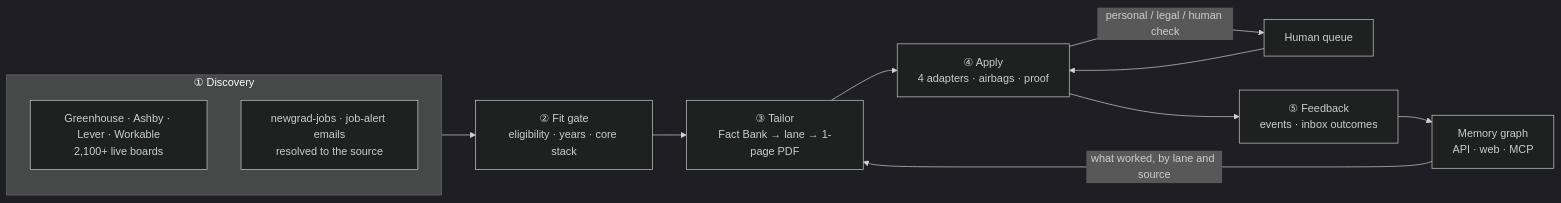
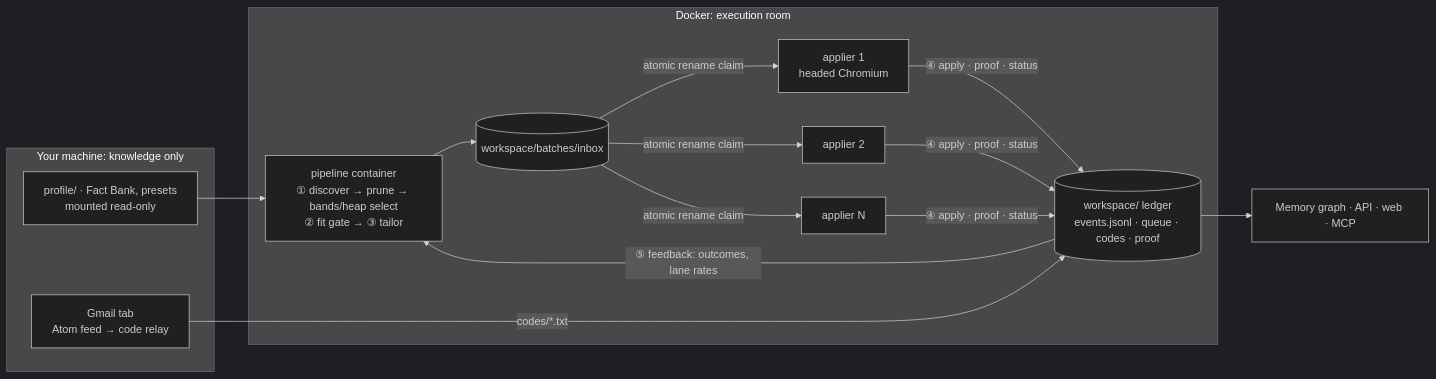
Before and after one commit to sameernagar-hub/regen-engine: the second of 2 diagrams in README.md, drawn with Mermaid (dark theme). The commit also changed other lines of this file and 2 other files, not shown here.

Commit message:
Docs: Docker is the execution room (README v0.12 section with evidence table, new architecture diagram, numbers: 105 verified, 35 on 10-10, 2,469 boards, 108 tests); ARCHITECTURE execution-room section; handoff

````diff
--- a/README.md
+++ b/README.md
@@ -269,15 +293,22 @@
 ```mermaid
 flowchart LR
-    subgraph Fuel["① Discovery"]
-        ATS[Greenhouse · Ashby · Lever · Workable<br/>2,100+ live boards]
-        LEADS[newgrad-jobs · job-alert emails<br/>resolved to the source]
+    subgraph Host["Your machine: knowledge only"]
+        P[profile/ · Fact Bank, presets<br/>mounted read-only]
+        G[Gmail tab<br/>Atom feed → code relay]
     end
-    Fuel --> F["② Fit gate<br/>eligibility · years · core stack"]
-    F --> T["③ Tailor<br/>Fact Bank → lane → 1-page PDF"]
-    T --> A["④ Apply<br/>4 adapters · airbags · proof"]
-    A -- "personal / legal / human check" --> HQ[Human queue]
-    HQ --> A
-    A --> E["⑤ Feedback<br/>events · inbox outcomes"]
-    E --> M["Memory graph<br/>API · web · MCP"]
-    M -- "what worked, by lane and source" --> T
+    subgraph Docker["Docker: execution room"]
+        PL["pipeline container<br/>① discover → prune → bands/heap select<br/>② fit gate → ③ tailor"]
+        IN[(workspace/batches/inbox)]
+        W1["applier 1<br/>headed Chromium"]
+        W2["applier 2"]
+        WN["applier N"]
+        L[("workspace/ ledger<br/>events.jsonl · queue · codes · proof")]
+    end
+    P --> PL
+    PL --> IN
+    IN -- atomic rename claim --> W1 & W2 & WN
+    W1 & W2 & WN -- "④ apply · proof · status" --> L
+    G -- "codes/*.txt" --> L
+    L -- "⑤ feedback: outcomes, lane rates" --> PL
+    L --> M["Memory graph · API · web · MCP"]
 ```
````
